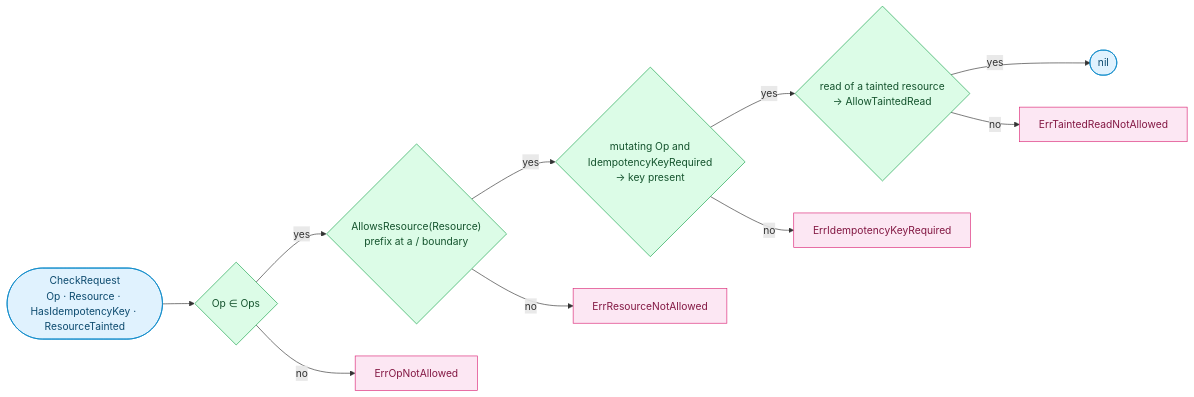
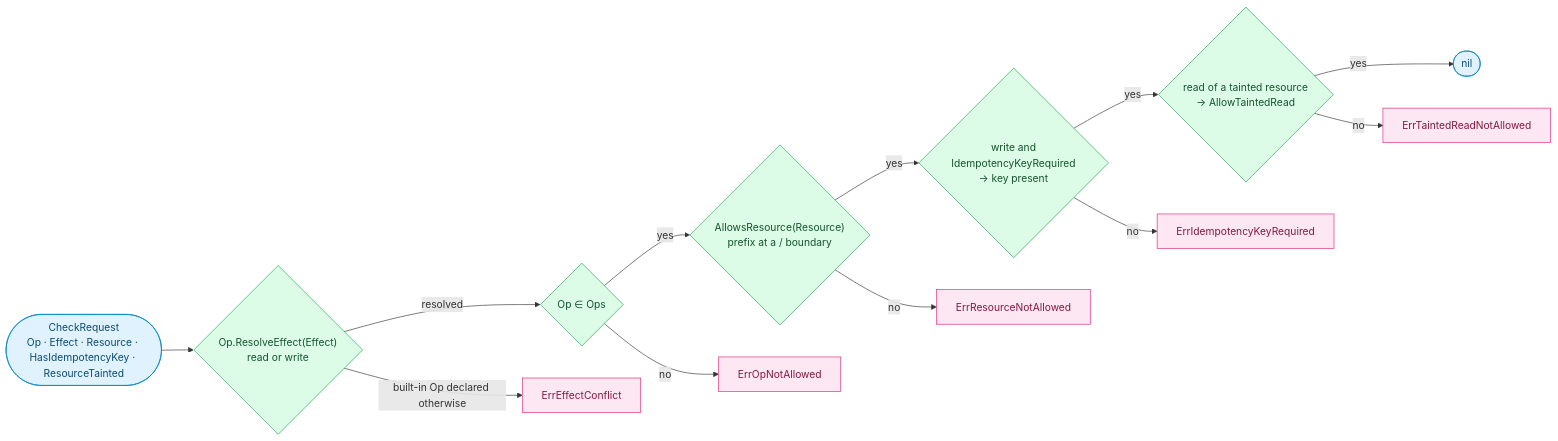
One commit to oleg-tkachuk/paladin changed the fifth of 10 diagrams in capability/docs/diagrams.md. Above: the diagram before and after it, drawn with Mermaid. The commit also changed other lines of this file and 4 other files, not shown here.

Commit message:
docs(capability): bring the docs and diagrams in line with the code

````diff
--- a/capability/docs/diagrams.md
+++ b/capability/docs/diagrams.md
@@ -252,27 +266,30 @@
 ```mermaid
 flowchart LR
-    req(["CheckRequest<br/>Op · Resource · HasIdempotencyKey · ResourceTainted"])
+    req(["CheckRequest<br/>Op · Effect · Resource · HasIdempotencyKey · ResourceTainted"])
+    eff{"Op.ResolveEffect(Effect)<br/>read or write"}
     op{"Op ∈ Ops"}
     res{"AllowsResource(Resource)<br/>prefix at a / boundary"}
-    idem{"mutating Op and<br/>IdempotencyKeyRequired<br/>→ key present"}
+    idem{"write and<br/>IdempotencyKeyRequired<br/>→ key present"}
     taint{"read of a tainted resource<br/>→ AllowTaintedRead"}
     ok(["nil"])
 
     e1["ErrOpNotAllowed"]
     e2["ErrResourceNotAllowed"]
     e3["ErrIdempotencyKeyRequired"]
     e4["ErrTaintedReadNotAllowed"]
+    e0["ErrEffectConflict"]
 
-    req --> op -- yes --> res -- yes --> idem -- yes --> taint -- yes --> ok
+    req --> eff -- resolved --> op -- yes --> res -- yes --> idem -- yes --> taint -- yes --> ok
     op -- no --> e1
     res -- no --> e2
     idem -- no --> e3
     taint -- no --> e4
+    eff -- "built-in Op declared otherwise" --> e0
 
     classDef client fill:#E0F2FE,stroke:#0284C7,color:#0C4A6E
     classDef role fill:#DCFCE7,stroke:#16A34A,color:#14532D
     classDef external fill:#FCE7F3,stroke:#DB2777,color:#831843
     class req,ok client
-    class op,res,idem,taint role
-    class e1,e2,e3,e4 external
+    class eff,op,res,idem,taint role
+    class e0,e1,e2,e3,e4 external
 ```
````
